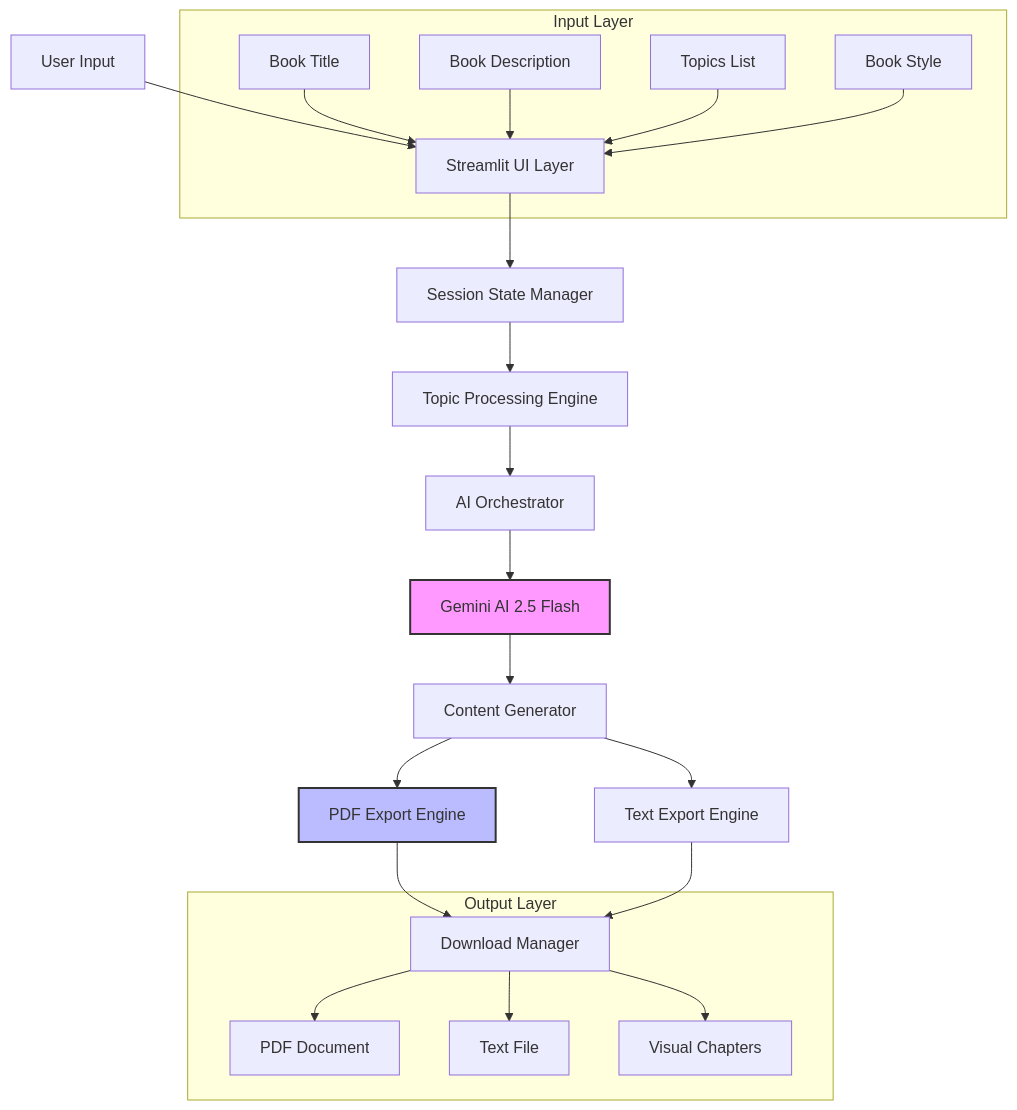
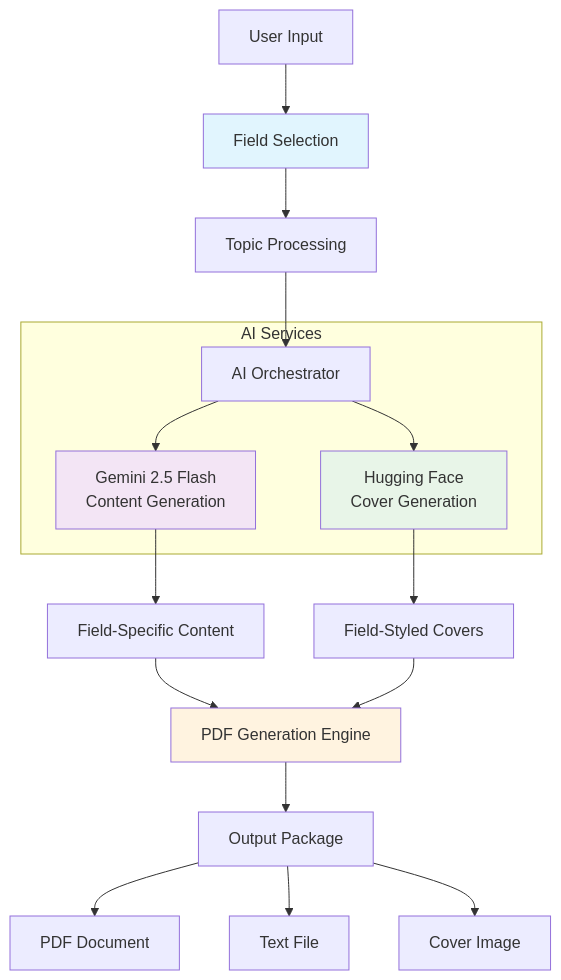
One commit to dronabopche/100-ML-AI-Project changed the diagram in KiddoBookAi/README.md. Above: the diagram before and after it, drawn with Mermaid. The commit also changed other lines of this file, not shown here.

````diff
--- a/KiddoBookAi/README.md
+++ b/KiddoBookAi/README.md
@@ -49,29 +47,27 @@
 ```mermaid
 graph TB
-    A[User Input] --> B[Streamlit UI Layer]
-    B --> C[Session State Manager]
-    C --> D[Topic Processing Engine]
-    D --> E[AI Orchestrator]
-    E --> F[Gemini AI 2.5 Flash]
-    F --> G[Content Generator]
-    G --> H[PDF Export Engine]
-    G --> I[Text Export Engine]
-    H --> J[Download Manager]
-    I --> J
+    A[User Input] --> B[Field Selection]
+    B --> C[Topic Processing]
+    C --> D[AI Orchestrator]
     
-    subgraph "Input Layer"
-        A1[Book Title] --> B
-        A2[Book Description] --> B
-        A3[Topics List] --> B
-        A4[Book Style] --> B
+    subgraph "AI Services"
+        D --> E[Gemini 2.5 Flash<br/>Content Generation]
+        D --> F[Hugging Face<br/>Cover Generation]
     end
     
-    subgraph "Output Layer"
-        J --> K1[PDF Document]
-        J --> K2[Text File]
-        J --> K3[Visual Chapters]
-    end
+    E --> G[Field-Specific Content]
+    F --> H[Field-Styled Covers]
     
-    style F fill:#f9f,stroke:#333,stroke-width:2px
-    style H fill:#bbf,stroke:#333,stroke-width:2px
+    G --> I[PDF Generation Engine]
+    H --> I
+    
+    I --> J[Output Package]
+    J --> K[PDF Document]
+    J --> L[Text File]
+    J --> M[Cover Image]
+    
+    style B fill:#e1f5fe
+    style E fill:#f3e5f5
+    style F fill:#e8f5e8
+    style I fill:#fff3e0
 ```
````
